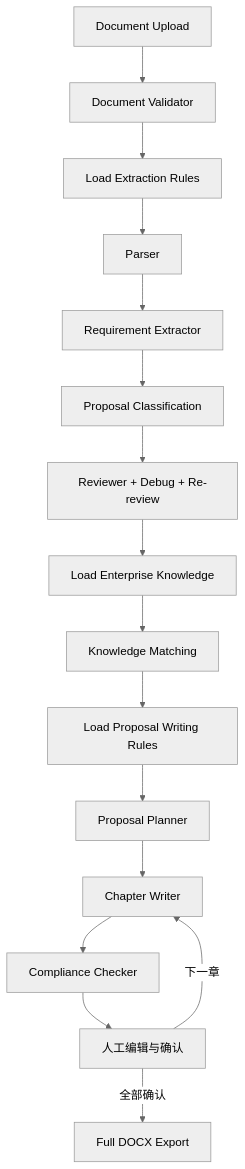
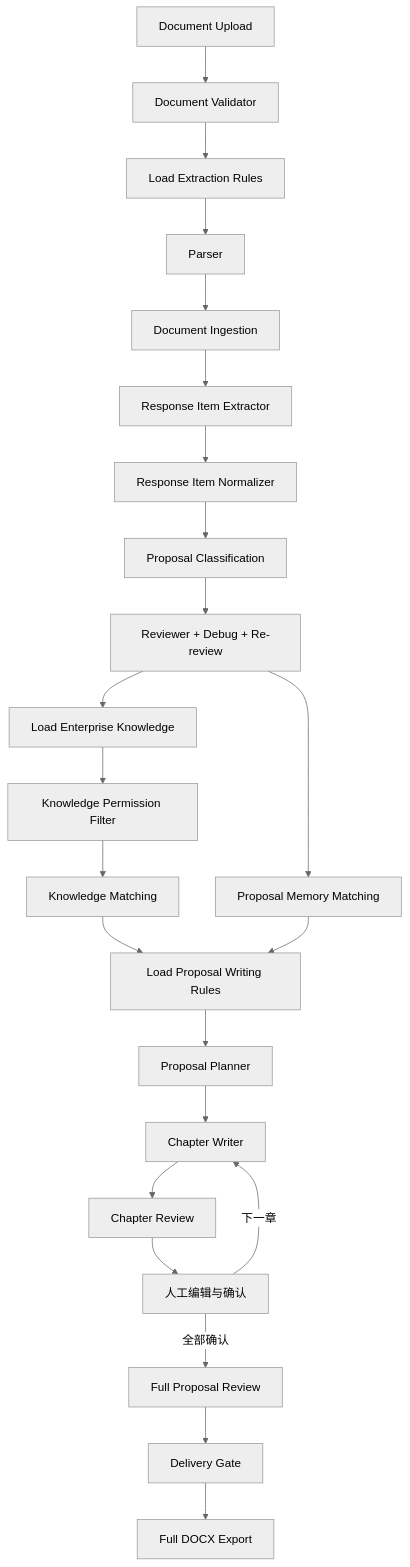
The second of 2 diagrams in docs/ARCHITECTURE.md (angela19990616-alt/bid-agent), drawn with Mermaid (neutral theme) before and after one commit. The commit also changed other lines of this file and 22 other files, not shown here.

First line of the commit message:
feat: add response normalization and proposal memory

````diff
--- a/docs/ARCHITECTURE.md
+++ b/docs/ARCHITECTURE.md
@@ -24,18 +24,25 @@
 ```mermaid
 flowchart TD
     A["Document Upload"] --> B["Document Validator"]
     B --> C["Load Extraction Rules"]
     C --> D["Parser"]
-    D --> E["Requirement Extractor"]
-    E --> F["Proposal Classification"]
+    D --> DI["Document Ingestion"]
+    DI --> E["Response Item Extractor"]
+    E --> EN["Response Item Normalizer"]
+    EN --> F["Proposal Classification"]
     F --> FR["Reviewer + Debug + Re-review"]
     FR --> G["Load Enterprise Knowledge"]
-    G --> H["Knowledge Matching"]
+    G --> GP["Knowledge Permission Filter"]
+    GP --> H["Knowledge Matching"]
+    FR --> PM["Proposal Memory Matching"]
     H --> I["Load Proposal Writing Rules"]
+    PM --> I
     I --> J["Proposal Planner"]
     J --> K["Chapter Writer"]
-    K --> L["Compliance Checker"]
+    K --> L["Chapter Review"]
     L --> M["人工编辑与确认"]
     M -->|下一章| K
-    M -->|全部确认| N["Full DOCX Export"]
+    M -->|全部确认| PR["Full Proposal Review"]
+    PR --> DG["Delivery Gate"]
+    DG --> N["Full DOCX Export"]
 ```
````
